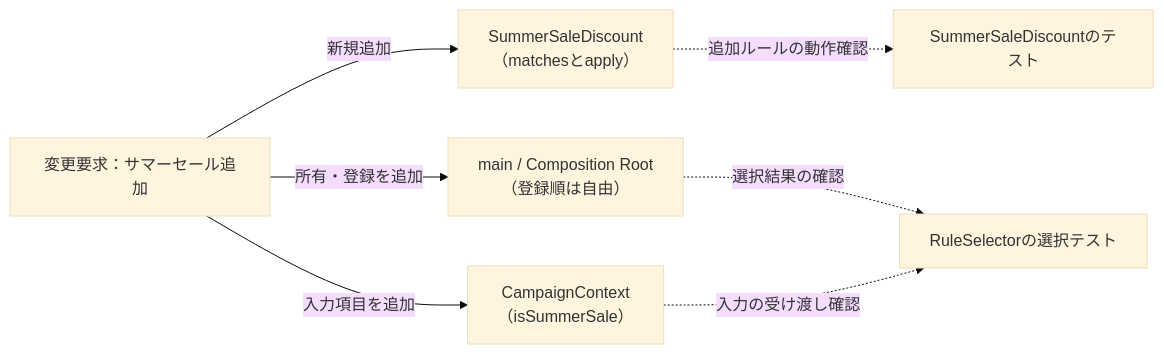
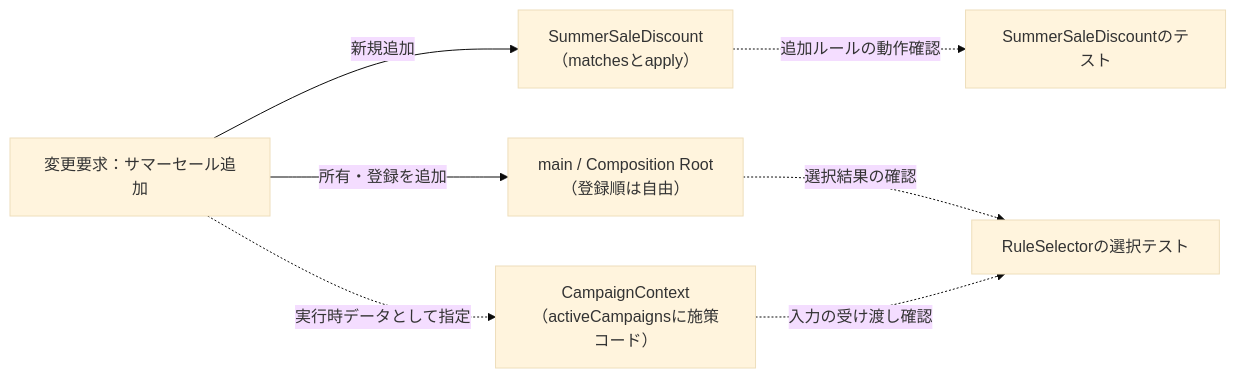
One commit to kumachan1101-pixel/DesignPattern changed diagram 16 of 18 in kindle/design-patterns/output/chapter01.md. Above: the diagram before and after it, drawn with Mermaid (base theme). The commit also changed other lines of this file and 21 other files, not shown here.

````diff
--- a/kindle/design-patterns/output/chapter01.md
+++ b/kindle/design-patterns/output/chapter01.md
@@ -2448,10 +2614,10 @@
 ```mermaid
 graph LR
     T1["変更要求：サマーセール追加"]
         -->|新規追加| N1["SummerSaleDiscount<br>（matchesとapply）"]
     T1 -->|所有・登録を追加| N2["main / Composition Root<br>（登録順は自由）"]
-    T1 -->|入力項目を追加| N3["CampaignContext<br>（isSummerSale）"]
+    T1 -.->|実行時データとして指定| N3["CampaignContext<br>（activeCampaignsに施策コード）"]
     N1 -.->|追加ルールの動作確認| T2["SummerSaleDiscountのテスト"]
     N2 -.->|選択結果の確認| T3["RuleSelectorの選択テスト"]
     N3 -.->|入力の受け渡し確認| T3
 ```
````
